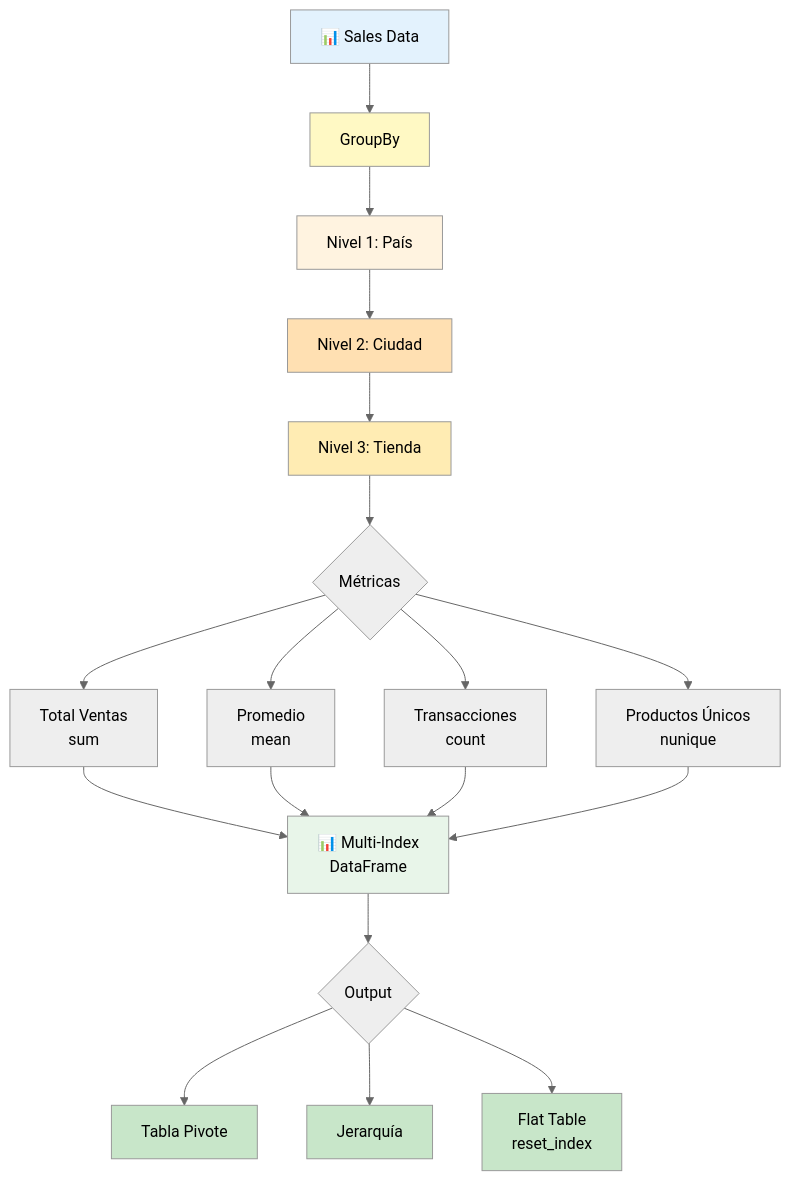
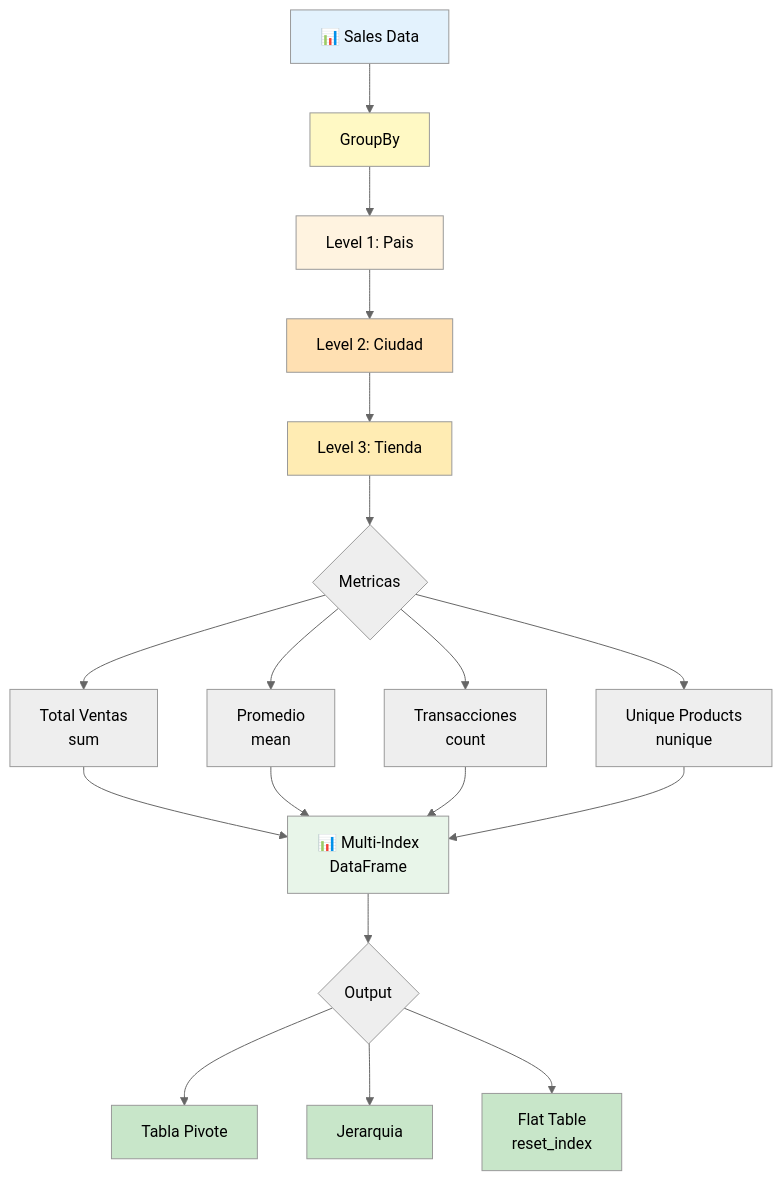
Before and after one commit to nanlabs/nan-data-engineering-labs: diagram 11 of 23 in modules/module-04-python-for-data/assets/diagrams/pandas-operations.md, drawn with Mermaid (neutral theme). The commit also changed other lines of this file and 23 other files, not shown here.

````diff
--- a/modules/module-04-python-for-data/assets/diagrams/pandas-operations.md
+++ b/modules/module-04-python-for-data/assets/diagrams/pandas-operations.md
@@ -250,33 +250,33 @@
 ```mermaid
 flowchart TD
     A[📊 Sales Data] --> B[GroupBy]
-    B --> C[Nivel 1: País]
-    C --> D[Nivel 2: Ciudad]
-    D --> E[Nivel 3: Tienda]
+    B --> C[Level 1: Pais]
+    C --> D[Level 2: Ciudad]
+    D --> E[Level 3: Tienda]
     
-    E --> F{Métricas}
+    E --> F{Metricas}
     F --> G[Total Ventas<br/>sum]
     F --> H[Promedio<br/>mean]
     F --> I[Transacciones<br/>count]
-    F --> J[Productos Únicos<br/>nunique]
+    F --> J[Unique Products<br/>nunique]
     
     G --> K[📊 Multi-Index<br/>DataFrame]
     H --> K
     I --> K
     J --> K
     
     K --> L{Output}
     L --> M[Tabla Pivote]
-    L --> N[Jerarquía]
+    L --> N[Jerarquia]
     L --> O[Flat Table<br/>reset_index]
     
     style A fill:#e3f2fd
     style B fill:#fff9c4
     style C fill:#fff3e0
     style D fill:#ffe0b2
     style E fill:#ffecb3
     style K fill:#e8f5e9
     style M fill:#c8e6c9
     style N fill:#c8e6c9
     style O fill:#c8e6c9
 ```
````
